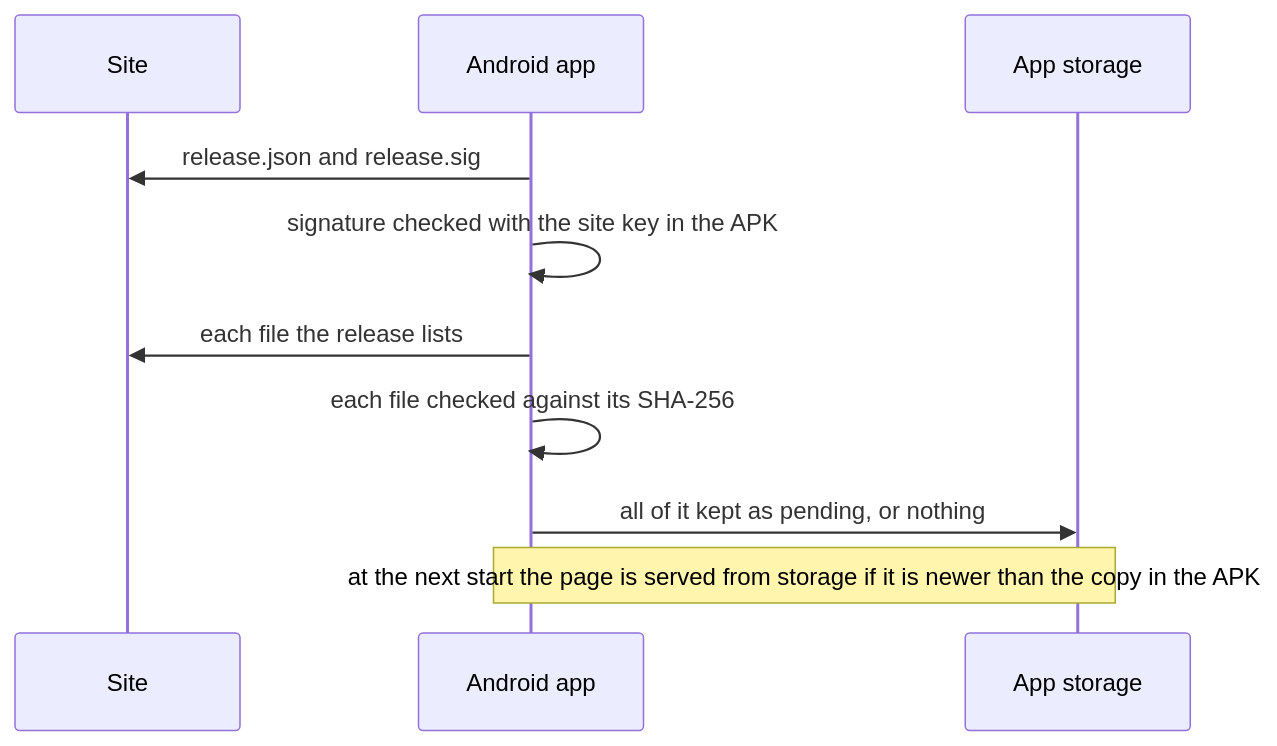
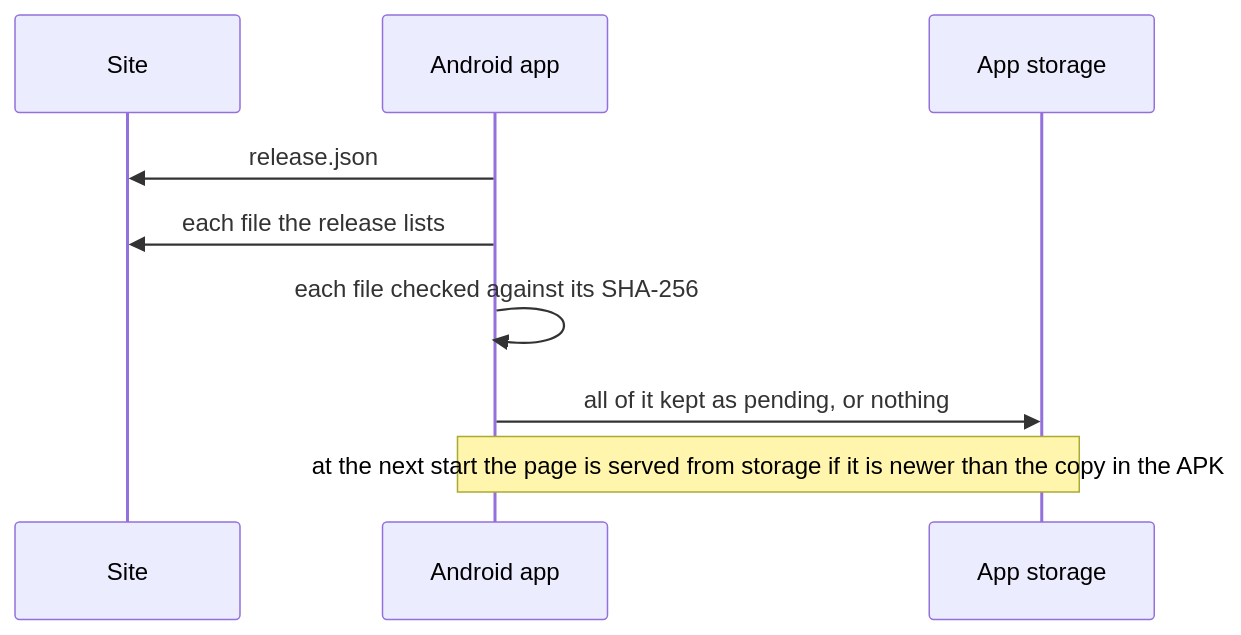
Diagram 29 of 31 in docs/YELLOWPAPER.md (theodoreyong9/Aiwa_store), drawn with Mermaid before and after one commit. The commit also changed other lines of this file and 19 other files, not shown here.

First line of the commit message:
No signature, no key: the Android app takes the site's page as the site publishes it

````diff
--- a/docs/YELLOWPAPER.md
+++ b/docs/YELLOWPAPER.md
@@ -1388,12 +1388,11 @@
 ```mermaid
 sequenceDiagram
   participant S as Site
   participant A as Android app
   participant D as App storage
-  A->>S: release.json and release.sig
-  A->>A: signature checked with the site key in the APK
+  A->>S: release.json
   A->>S: each file the release lists
   A->>A: each file checked against its SHA-256
   A->>D: all of it kept as pending, or nothing
   Note over A,D: at the next start the page is served from storage if it is newer than the copy in the APK
 ```
````
